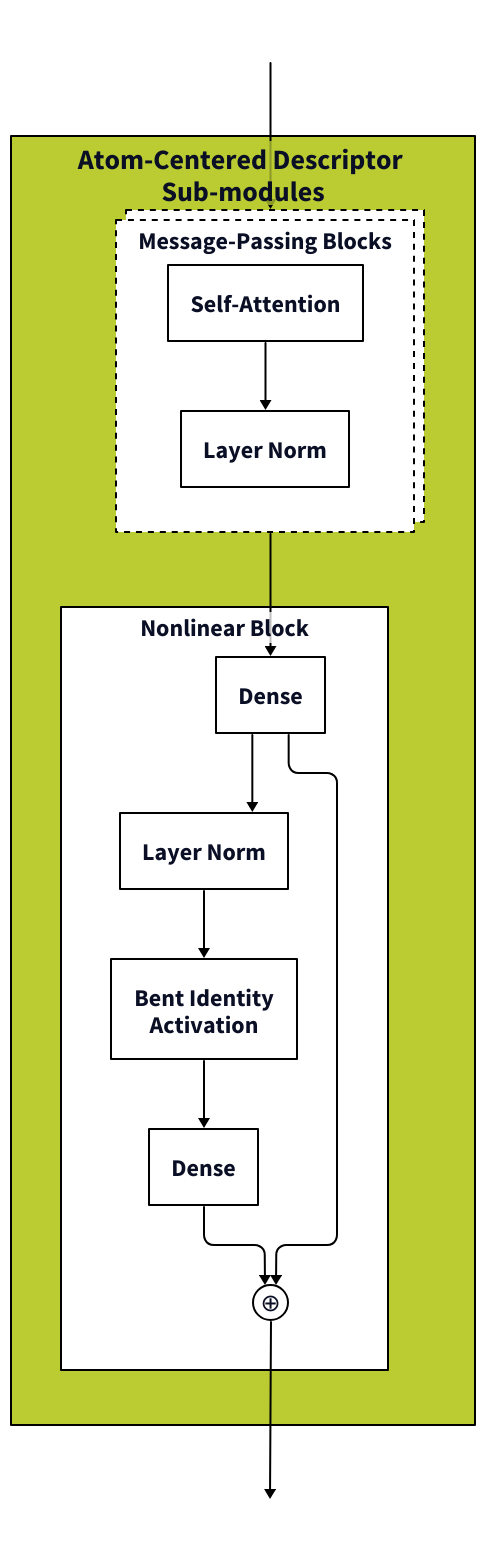
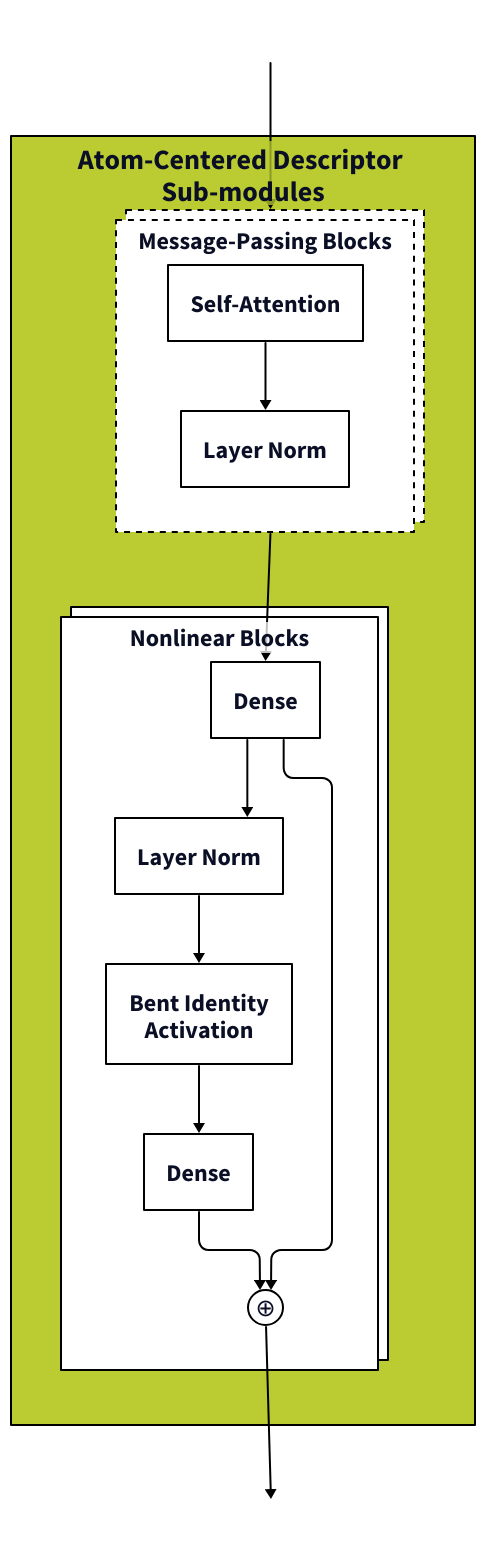
The diagram in architecture_figures/2b_ac_submodules.d2 (SamsungDS/gears_h), drawn with D2 before and after one commit.

Commit message:
Make the multiple nonlinear blocks in AC explicit.

```diff
--- a/architecture_figures/2b_ac_submodules.d2
+++ b/architecture_figures/2b_ac_submodules.d2
@@ -1,115 +1,116 @@
 # direction: right
  
 vars: {
     d2-config: {
       layout-engine: elk
       pad: 10
     #   theme-id: 101
     }
 }
 
 ac: Atom-Centered Descriptor \n Sub-modules {
     class: ac
     mp_block:  Message-Passing Blocks {
         class: in_module
         direction: right
         style: {stroke-dash: 3; multiple: true}
         sa: Self-Attention {class: in_module}
         mpln: Layer Norm{class: in_module}
         sa -> mpln: {style: {stroke: "#000000"; font-color: black}}
     }
-    nl_block: Nonlinear Block {
+    nl_block: Nonlinear Blocks {
         class: in_module
+        style: {multiple: true}
         nld1: Dense {class: in_module}
         nld2: Dense {class: in_module}
         nlln: Layer Norm {class: in_module}
         nlbia: Bent Identity\nActivation {class: in_module}
         nlrc: ⊕ {class: operator}
         nld1 -> nlln -> nlbia -> nld2: {style: {stroke: "#000000"; font-color: black}}
         nld1 -> nlrc: {style: {stroke: "#000000"; font-color: black}}
         nld2 -> nlrc: {style: {stroke: "#000000"; font-color: black}}
     }
 
     mp_block -> nl_block.nld1: {style: {stroke: "#000000"; font-color: black}}
 }
 embedding_for_rescon: {class: empty; label: ""}
 indexed_sum_for_mp: {class: empty; label: ""}
 indexed_sum_for_mp -> ac.mp_block: {style: {stroke: "#000000"; font-color: black}}
 nlout: {class: empty; label: ""}
 ac.nl_block.nlrc -> nlout: {style: {stroke: "#000000"; font-color: black}}
 
 classes: {
     operator: {shape: circle
                width: 35
                height: 35
                style: {fill: "#FFFFFF"
                        stroke: "#000000"
                        font-size: 24
                       }
     }
     empty: {
             width: 50
             height: 50
             style: {
                 fill: transparent
                 stroke: transparent
                 font-size: 24
             }
     }
     sarb: {
         style: {
             fill: "#44BB99"
             stroke: "#000000"
         }
     }
     in_module: {
         style: {
             fill: "#FFFFFF"
             stroke: "#000000"
             bold: true
             font-size: 24
         }
     }
     ac: {
         style: {
             fill: "#BBCC33"
             stroke: "#000000"
             bold: true
             font-size: 28
         }
     }
     bc: {
         style: {
             fill: "#EEDD88"
             stroke: "#000000"
         }
     }
     rd: {
         style: {
             fill: "#EE8866"
             stroke: "#000000"
         }
     }
     ro: {
         style: {
             fill: "#FFAABB"
             stroke: "#000000"
         }
     }
     outs: {
         style: {
             fill: "#DDDDDD"
             stroke: "#000000"
             multiple: true
         }
     }
     input : {
         width: 50
         height: 50
         style: {
             fill: "#99DDFF"
             stroke: "#000000"
             multiple: true
         }
     }
 }
```
